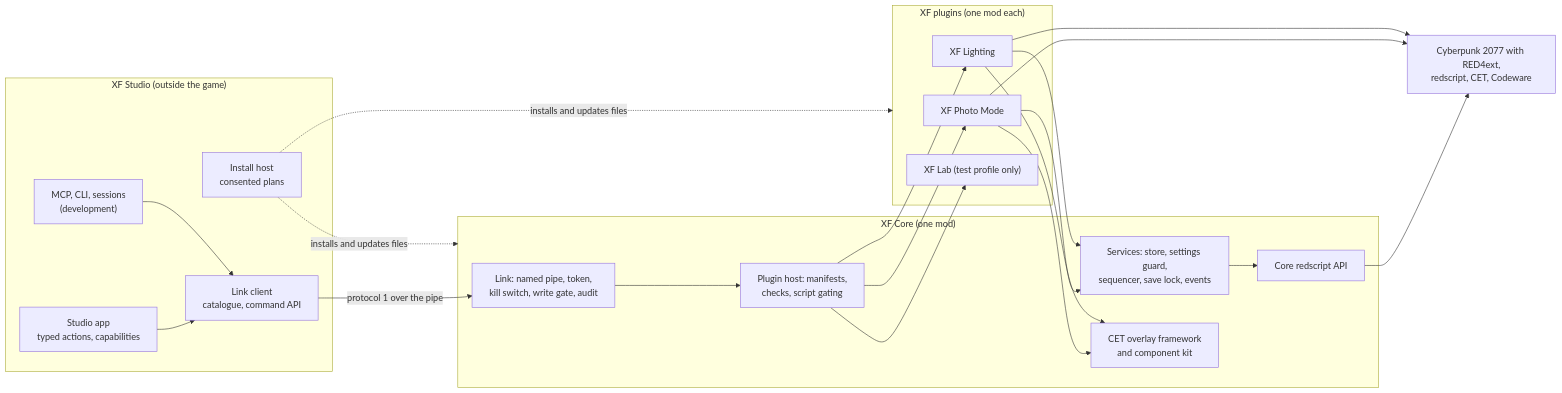
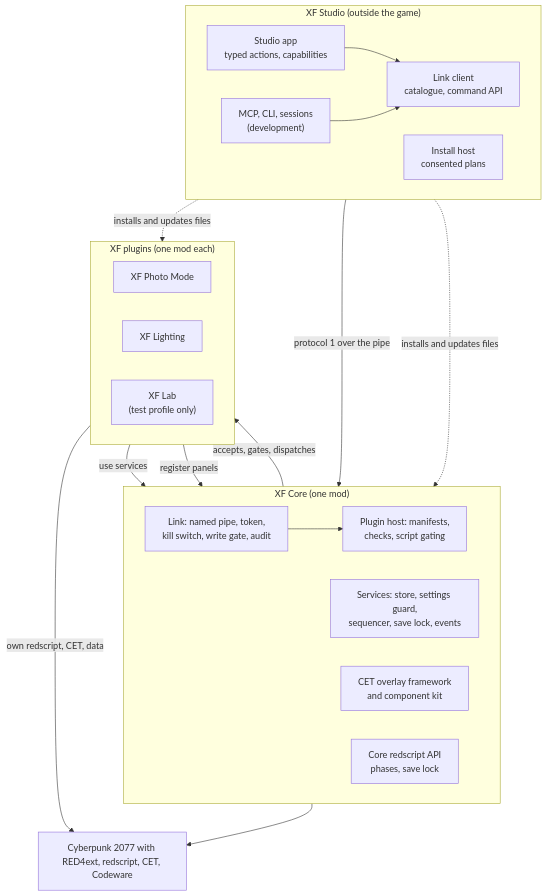
Before and after one commit to axefrog/xf-studio: the first of 3 diagrams in research/runtime/xf-core-architecture.md, drawn with Mermaid. The commit also changed other lines of this file, not shown here.

Commit message:
XF Core architecture: diagrams rendered and inspected, visual review recorded
Status: doc complete with diagrams. Next: README 'proposed' updates, backlog,
knowledge and credits lines. No blocker.

````diff
--- a/research/runtime/xf-core-architecture.md
+++ b/research/runtime/xf-core-architecture.md
@@ -34,39 +34,31 @@
 ```mermaid
-flowchart LR
+flowchart TB
   subgraph Studio["XF Studio (outside the game)"]
-    App["Studio app<br/>typed actions, capabilities"]
-    Link["Link client<br/>catalogue, command API"]
-    MCP["MCP, CLI, sessions<br/>(development)"]
+    direction LR
+    App["Studio app<br/>typed actions, capabilities"] --> Link["Link client<br/>catalogue, command API"]
+    MCP["MCP, CLI, sessions<br/>(development)"] --> Link
     Inst["Install host<br/>consented plans"]
   end
   subgraph Core["XF Core (one mod)"]
-    Pipe["Link: named pipe, token,<br/>kill switch, write gate, audit"]
-    Host["Plugin host: manifests,<br/>checks, script gating"]
+    direction LR
+    Pipe["Link: named pipe, token,<br/>kill switch, write gate, audit"] --> Host["Plugin host: manifests,<br/>checks, script gating"]
     Svc["Services: store, settings guard,<br/>sequencer, save lock, events"]
-    CoreRs["Core redscript API"]
     Ovl["CET overlay framework<br/>and component kit"]
+    CoreRs["Core redscript API<br/>phases, save lock"]
   end
   subgraph Plugins["XF plugins (one mod each)"]
+    direction LR
     PM["XF Photo Mode"]
     LI["XF Lighting"]
-    LAB["XF Lab (test profile only)"]
+    LAB["XF Lab<br/>(test profile only)"]
   end
-  Game["Cyberpunk 2077 with RED4ext,<br/>redscript, CET, Codeware"]
-  App --> Link
-  MCP --> Link
+  Game["Cyberpunk 2077 with RED4ext, redscript, CET, Codeware"]
   Link -- "protocol 1 over the pipe" --> Pipe
   Inst -. "installs and updates files" .-> Core
   Inst -. "installs and updates files" .-> Plugins
-  Pipe --> Host
-  Host --> PM
-  Host --> LI
-  Host --> LAB
-  PM --> Svc
-  LI --> Svc
-  PM --> Ovl
-  LI --> Ovl
-  Svc --> CoreRs
+  Host -- "accepts, gates, dispatches" --> Plugins
+  Plugins -- "use services" --> Svc
+  Plugins -- "register panels" --> Ovl
+  Plugins -- "own redscript, CET, data" --> Game
   CoreRs --> Game
-  PM --> Game
-  LI --> Game
 ```
````
